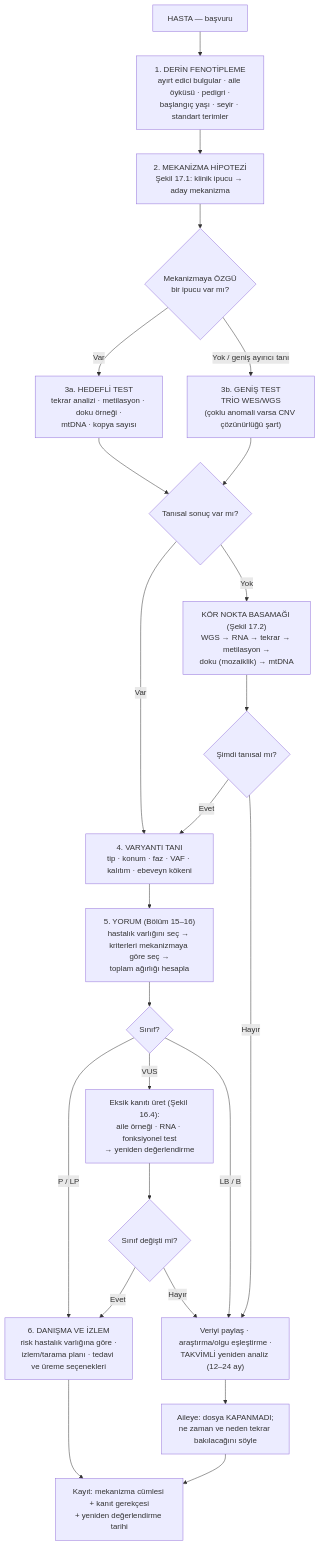
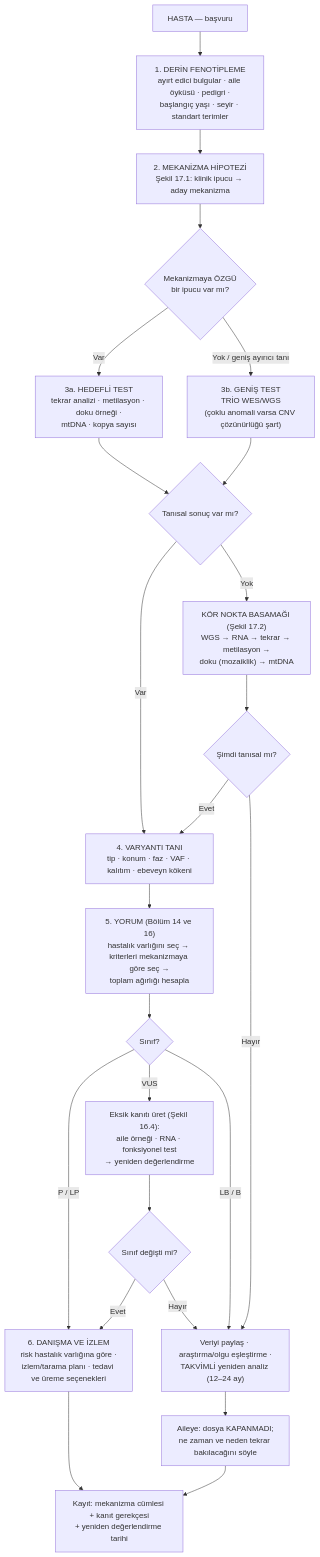
One commit to MDKalenderoglu/Mekanizma_Kitab- changed the third of 3 diagrams in Bölüm_17_Klinik_Senaryolarla_Sentez.md. Above: the diagram before and after it, drawn with Mermaid. The commit also changed other lines of this file and 33 other files, not shown here.

````diff
--- a/Bölüm_17_Klinik_Senaryolarla_Sentez.md
+++ b/Bölüm_17_Klinik_Senaryolarla_Sentez.md
@@ -298,34 +298,34 @@
 ```mermaid
 flowchart TD
   A["HASTA — başvuru"] --> B["1. DERİN FENOTİPLEME<br/>ayırt edici bulgular · aile öyküsü · pedigri ·<br/>başlangıç yaşı · seyir · standart terimler"]
 
   B --> C["2. MEKANİZMA HİPOTEZİ<br/>Şekil 17.1: klinik ipucu → aday mekanizma"]
 
   C --> D{"Mekanizmaya ÖZGÜ<br/>bir ipucu var mı?"}
   D -->|"Var"| E["3a. HEDEFLİ TEST<br/>tekrar analizi · metilasyon · doku örneği ·<br/>mtDNA · kopya sayısı"]
   D -->|"Yok / geniş ayırıcı tanı"| F["3b. GENİŞ TEST<br/>TRİO WES/WGS<br/>(çoklu anomali varsa CNV çözünürlüğü şart)"]
 
   E --> G{"Tanısal sonuç var mı?"}
   F --> G
 
   G -->|"Var"| H["4. VARYANTI TANI<br/>tip · konum · faz · VAF · kalıtım · ebeveyn kökeni"]
   G -->|"Yok"| I["KÖR NOKTA BASAMAĞI (Şekil 17.2)<br/>WGS → RNA → tekrar → metilasyon →<br/>doku (mozaiklik) → mtDNA"]
 
   I --> J{"Şimdi tanısal mı?"}
   J -->|"Evet"| H
   J -->|"Hayır"| K["Veriyi paylaş · araştırma/olgu eşleştirme ·<br/>TAKVİMLİ yeniden analiz (12–24 ay)"]
 
-  H --> L["5. YORUM (Bölüm 15–16)<br/>hastalık varlığını seç → kriterleri mekanizmaya göre seç →<br/>toplam ağırlığı hesapla"]
+  H --> L["5. YORUM (Bölüm 14 ve 16)<br/>hastalık varlığını seç → kriterleri mekanizmaya göre seç →<br/>toplam ağırlığı hesapla"]
 
   L --> M{"Sınıf?"}
   M -->|"P / LP"| N["6. DANIŞMA VE İZLEM<br/>risk hastalık varlığına göre ·<br/>izlem/tarama planı · tedavi ve üreme seçenekleri"]
   M -->|"VUS"| O["Eksik kanıtı üret (Şekil 16.4):<br/>aile örneği · RNA · fonksiyonel test<br/>→ yeniden değerlendirme"]
   M -->|"LB / B"| K
 
   O --> P{"Sınıf değişti mi?"}
   P -->|"Evet"| N
   P -->|"Hayır"| K
   K --> Q["Aileye: dosya KAPANMADI;<br/>ne zaman ve neden tekrar bakılacağını söyle"]
   N --> R["Kayıt: mekanizma cümlesi + kanıt gerekçesi<br/>+ yeniden değerlendirme tarihi"]
   Q --> R
 ```
````
